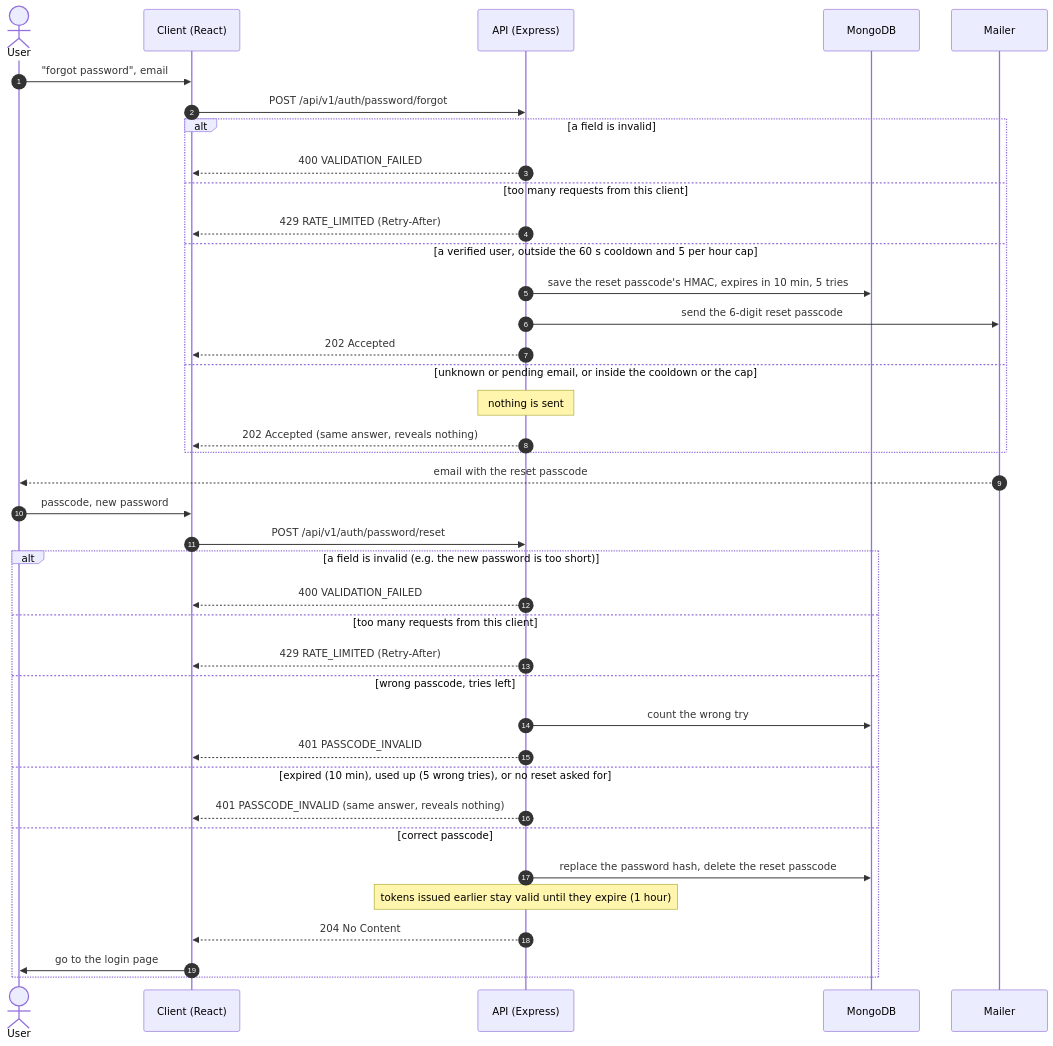
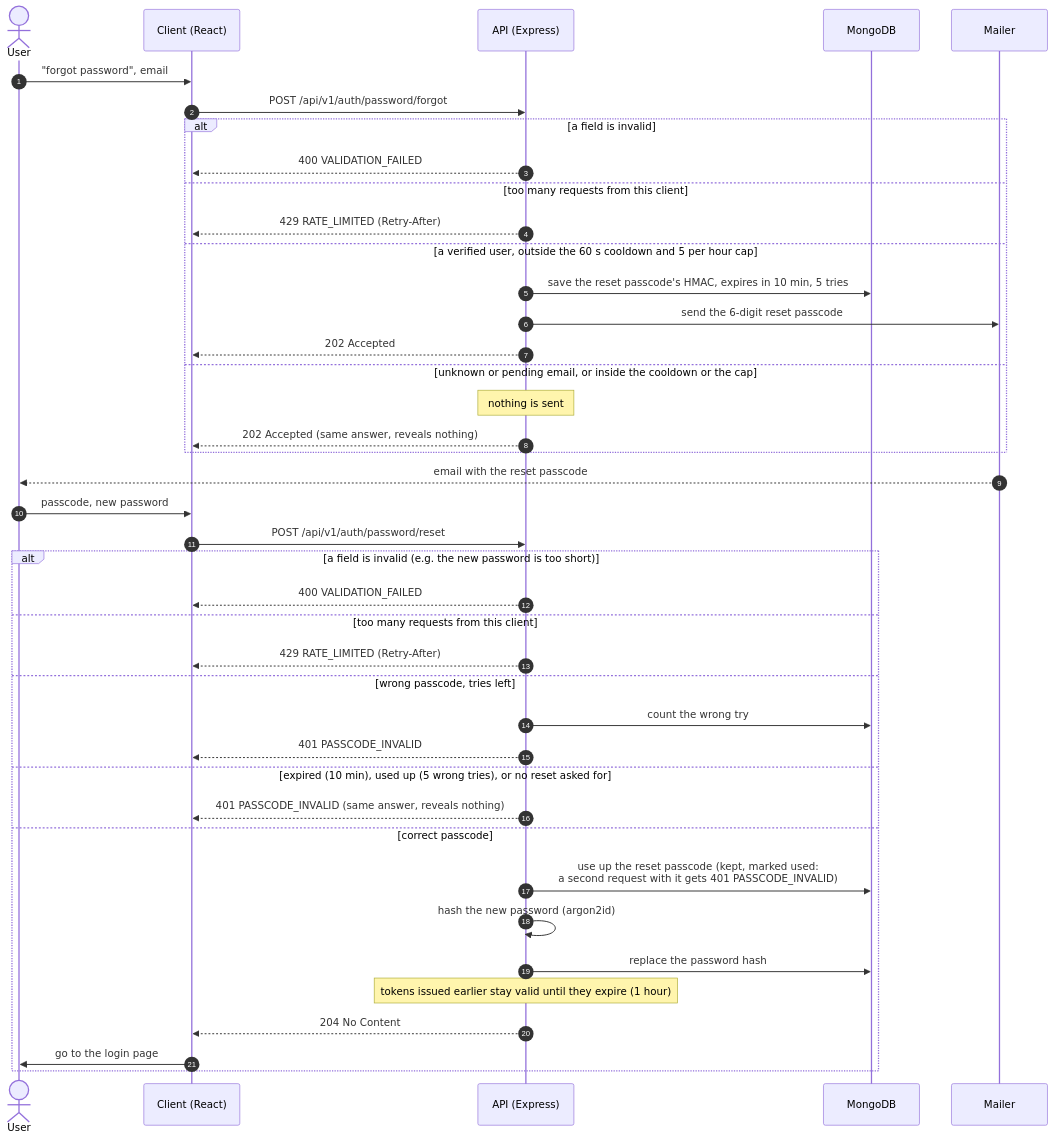
Before and after one commit to NimbleShot/web-banking-app: the diagram in docs/diagrams/password-reset.md, drawn with Mermaid. The commit also changed 1 other file, not shown here.

Commit message:
docs(diagrams): sign-up and reset diagrams show the order the server uses
- sign-up: a verified email is found by a look-up before anything is stored;
  the pending sign-up is kept 24 hours while its passcode is valid 10 minutes;
  the 429 answer is shown
- reset: the passcode is used up first and kept marked used, then the new
  password is hashed, then the hash is replaced

````diff
--- a/docs/diagrams/password-reset.md
+++ b/docs/diagrams/password-reset.md
@@ -9,43 +9,45 @@
 ```mermaid
 sequenceDiagram
     autonumber
     actor U as User
     participant C as Client (React)
     participant API as API (Express)
     participant DB as MongoDB
     participant M as Mailer
 
     U->>C: "forgot password", email
     C->>API: POST /api/v1/auth/password/forgot
     alt a field is invalid
         API-->>C: 400 VALIDATION_FAILED
     else too many requests from this client
         API-->>C: 429 RATE_LIMITED (Retry-After)
     else a verified user, outside the 60 s cooldown and 5 per hour cap
         API->>DB: save the reset passcode's HMAC, expires in 10 min, 5 tries
         API->>M: send the 6-digit reset passcode
         API-->>C: 202 Accepted
     else unknown or pending email, or inside the cooldown or the cap
         Note over API: nothing is sent
         API-->>C: 202 Accepted (same answer, reveals nothing)
     end
 
     M-->>U: email with the reset passcode
     U->>C: passcode, new password
     C->>API: POST /api/v1/auth/password/reset
     alt a field is invalid (e.g. the new password is too short)
         API-->>C: 400 VALIDATION_FAILED
     else too many requests from this client
         API-->>C: 429 RATE_LIMITED (Retry-After)
     else wrong passcode, tries left
         API->>DB: count the wrong try
         API-->>C: 401 PASSCODE_INVALID
     else expired (10 min), used up (5 wrong tries), or no reset asked for
         API-->>C: 401 PASSCODE_INVALID (same answer, reveals nothing)
     else correct passcode
-        API->>DB: replace the password hash, delete the reset passcode
+        API->>DB: use up the reset passcode (kept, marked used:<br/>a second request with it gets 401 PASSCODE_INVALID)
+        API->>API: hash the new password (argon2id)
+        API->>DB: replace the password hash
         Note over API: tokens issued earlier stay valid until they expire (1 hour)
         API-->>C: 204 No Content
         C->>U: go to the login page
     end
 ```
````
